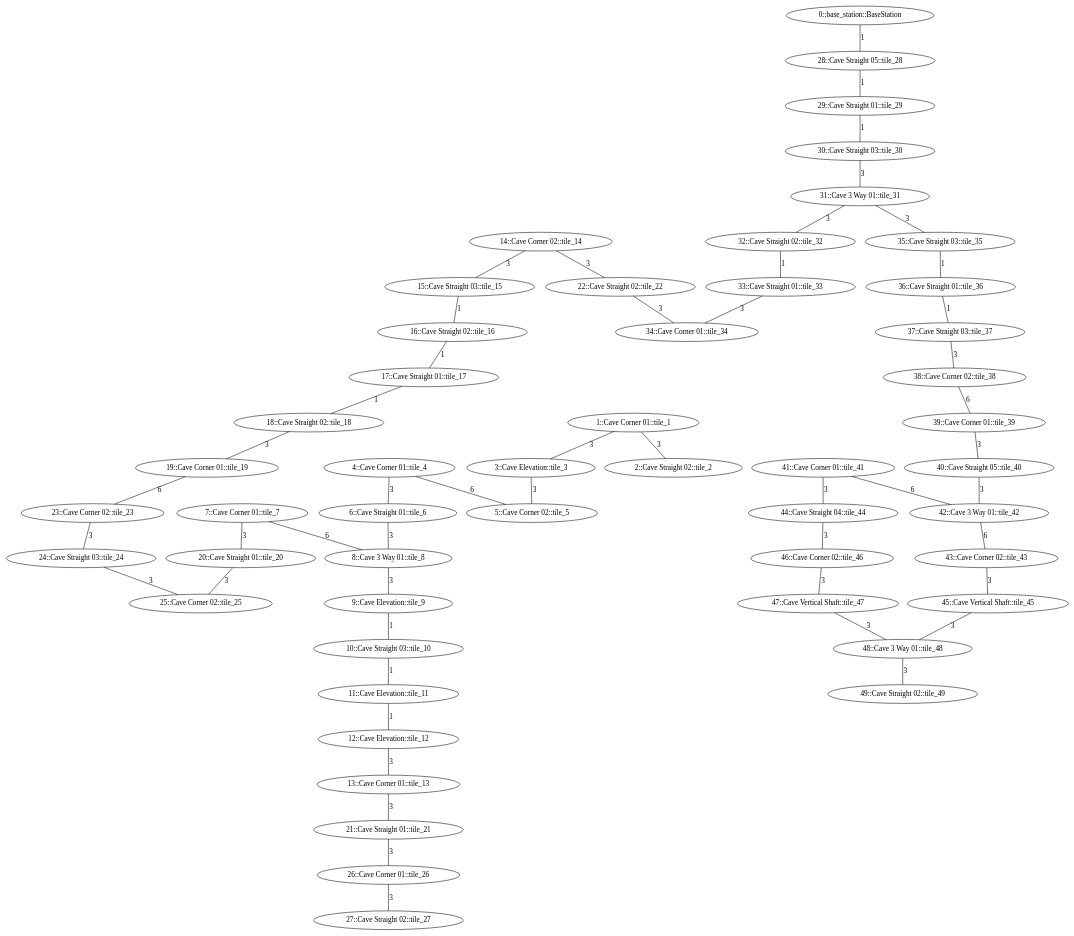
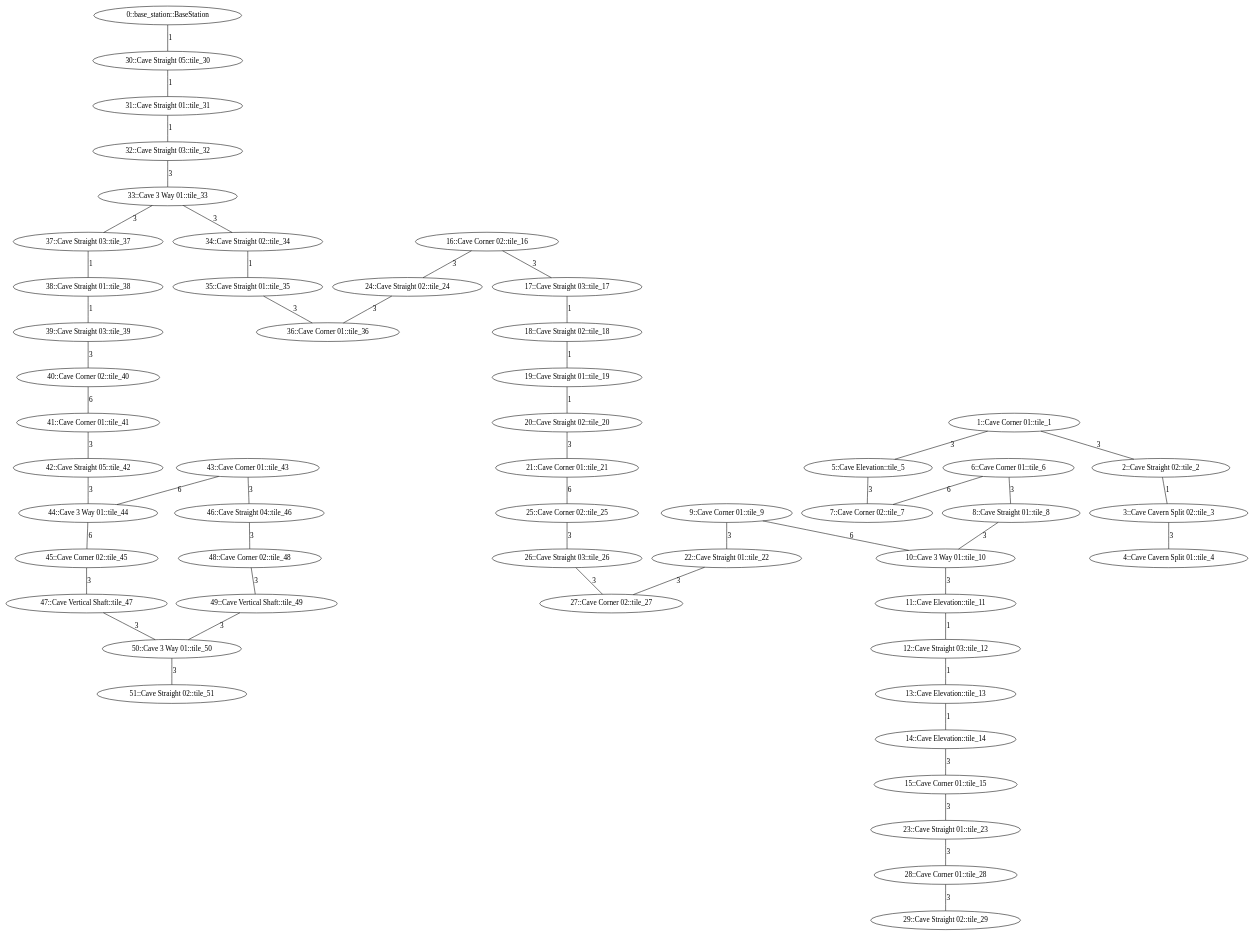
One commit to osrf/subt changed the diagram in subt_ign/worlds/simple_cave_01.dot. Above: the diagram before and after it, drawn with Graphviz. The commit also changed 2 other files, not shown here.

Commit message:
add cavern tile and one more artifact

```diff
--- a/subt_ign/worlds/simple_cave_01.dot
+++ b/subt_ign/worlds/simple_cave_01.dot
@@ -1,114 +1,118 @@
 /* Visibility graph for simple_cave_01 */
 /* Generated with the generator.py script: */
 /*   __main__.py simple_cave_01.tsv -\-graph-file simple_cave_01.dot -\-world-file simple_cave_01.sdf -\-world-name simple_cave_01 -\-scale_x 25 -\-scale_y 25 -\-cave -\-y0 175 -\-x0 0 -\-z0 0 -\-level_type row_col -\-levels_buf 5 */
 
 graph {
   /* ==== Vertices ==== */
 
   /* Base station / Staging area */
   0   [label="0::base_station::BaseStation"];
 
   1   [label="1::Cave Corner 01::tile_1"];
   2   [label="2::Cave Straight 02::tile_2"];
-  3   [label="3::Cave Elevation::tile_3"];
-  4   [label="4::Cave Corner 01::tile_4"];
-  5   [label="5::Cave Corner 02::tile_5"];
-  6   [label="6::Cave Straight 01::tile_6"];
-  7   [label="7::Cave Corner 01::tile_7"];
-  8   [label="8::Cave 3 Way 01::tile_8"];
-  9   [label="9::Cave Elevation::tile_9"];
-  10  [label="10::Cave Straight 03::tile_10"];
+  3   [label="3::Cave Cavern Split 02::tile_3"];
+  4   [label="4::Cave Cavern Split 01::tile_4"];
+  5   [label="5::Cave Elevation::tile_5"];
+  6   [label="6::Cave Corner 01::tile_6"];
+  7   [label="7::Cave Corner 02::tile_7"];
+  8   [label="8::Cave Straight 01::tile_8"];
+  9   [label="9::Cave Corner 01::tile_9"];
+  10  [label="10::Cave 3 Way 01::tile_10"];
   11  [label="11::Cave Elevation::tile_11"];
-  12  [label="12::Cave Elevation::tile_12"];
-  13  [label="13::Cave Corner 01::tile_13"];
-  14  [label="14::Cave Corner 02::tile_14"];
-  15  [label="15::Cave Straight 03::tile_15"];
-  16  [label="16::Cave Straight 02::tile_16"];
-  17  [label="17::Cave Straight 01::tile_17"];
+  12  [label="12::Cave Straight 03::tile_12"];
+  13  [label="13::Cave Elevation::tile_13"];
+  14  [label="14::Cave Elevation::tile_14"];
+  15  [label="15::Cave Corner 01::tile_15"];
+  16  [label="16::Cave Corner 02::tile_16"];
+  17  [label="17::Cave Straight 03::tile_17"];
   18  [label="18::Cave Straight 02::tile_18"];
-  19  [label="19::Cave Corner 01::tile_19"];
-  20  [label="20::Cave Straight 01::tile_20"];
-  21  [label="21::Cave Straight 01::tile_21"];
-  22  [label="22::Cave Straight 02::tile_22"];
-  23  [label="23::Cave Corner 02::tile_23"];
-  24  [label="24::Cave Straight 03::tile_24"];
+  19  [label="19::Cave Straight 01::tile_19"];
+  20  [label="20::Cave Straight 02::tile_20"];
+  21  [label="21::Cave Corner 01::tile_21"];
+  22  [label="22::Cave Straight 01::tile_22"];
+  23  [label="23::Cave Straight 01::tile_23"];
+  24  [label="24::Cave Straight 02::tile_24"];
   25  [label="25::Cave Corner 02::tile_25"];
-  26  [label="26::Cave Corner 01::tile_26"];
-  27  [label="27::Cave Straight 02::tile_27"];
-  28  [label="28::Cave Straight 05::tile_28"];
-  29  [label="29::Cave Straight 01::tile_29"];
-  30  [label="30::Cave Straight 03::tile_30"];
-  31  [label="31::Cave 3 Way 01::tile_31"];
-  32  [label="32::Cave Straight 02::tile_32"];
-  33  [label="33::Cave Straight 01::tile_33"];
-  34  [label="34::Cave Corner 01::tile_34"];
-  35  [label="35::Cave Straight 03::tile_35"];
-  36  [label="36::Cave Straight 01::tile_36"];
+  26  [label="26::Cave Straight 03::tile_26"];
+  27  [label="27::Cave Corner 02::tile_27"];
+  28  [label="28::Cave Corner 01::tile_28"];
+  29  [label="29::Cave Straight 02::tile_29"];
+  30  [label="30::Cave Straight 05::tile_30"];
+  31  [label="31::Cave Straight 01::tile_31"];
+  32  [label="32::Cave Straight 03::tile_32"];
+  33  [label="33::Cave 3 Way 01::tile_33"];
+  34  [label="34::Cave Straight 02::tile_34"];
+  35  [label="35::Cave Straight 01::tile_35"];
+  36  [label="36::Cave Corner 01::tile_36"];
   37  [label="37::Cave Straight 03::tile_37"];
-  38  [label="38::Cave Corner 02::tile_38"];
-  39  [label="39::Cave Corner 01::tile_39"];
-  40  [label="40::Cave Straight 05::tile_40"];
+  38  [label="38::Cave Straight 01::tile_38"];
+  39  [label="39::Cave Straight 03::tile_39"];
+  40  [label="40::Cave Corner 02::tile_40"];
   41  [label="41::Cave Corner 01::tile_41"];
-  42  [label="42::Cave 3 Way 01::tile_42"];
-  43  [label="43::Cave Corner 02::tile_43"];
-  44  [label="44::Cave Straight 04::tile_44"];
-  45  [label="45::Cave Vertical Shaft::tile_45"];
-  46  [label="46::Cave Corner 02::tile_46"];
+  42  [label="42::Cave Straight 05::tile_42"];
+  43  [label="43::Cave Corner 01::tile_43"];
+  44  [label="44::Cave 3 Way 01::tile_44"];
+  45  [label="45::Cave Corner 02::tile_45"];
+  46  [label="46::Cave Straight 04::tile_46"];
   47  [label="47::Cave Vertical Shaft::tile_47"];
-  48  [label="48::Cave 3 Way 01::tile_48"];
-  49  [label="49::Cave Straight 02::tile_49"];
+  48  [label="48::Cave Corner 02::tile_48"];
+  49  [label="49::Cave Vertical Shaft::tile_49"];
+  50  [label="50::Cave 3 Way 01::tile_50"];
+  51  [label="51::Cave Straight 02::tile_51"];
 
   /* ==== Edges ==== */
 
   /* Base station */
-  0  -- 28  [label=1];
+  0  -- 30  [label=1];
   1  -- 2   [label=3];
-  1  -- 3   [label=3];
-  3  -- 5   [label=3];
-  4  -- 5   [label=6];
-  4  -- 6   [label=3];
-  6  -- 8   [label=3];  /* Intersection */
-  7  -- 8   [label=6];  /* Intersection */
-  7  -- 20  [label=3];
-  8  -- 9   [label=3];  /* Intersection */
-  9  -- 10  [label=1];
-  10 -- 11  [label=1];
+  1  -- 5   [label=3];
+  2  -- 3   [label=1];
+  3  -- 4   [label=3];  /* Intersection */
+  5  -- 7   [label=3];
+  6  -- 7   [label=6];
+  6  -- 8   [label=3];
+  8  -- 10  [label=3];  /* Intersection */
+  9  -- 10  [label=6];  /* Intersection */
+  9  -- 22  [label=3];
+  10 -- 11  [label=3];  /* Intersection */
   11 -- 12  [label=1];
-  12 -- 13  [label=3];
-  13 -- 21  [label=3];
+  12 -- 13  [label=1];
+  13 -- 14  [label=1];
   14 -- 15  [label=3];
-  14 -- 22  [label=3];
-  15 -- 16  [label=1];
-  16 -- 17  [label=1];
+  15 -- 23  [label=3];
+  16 -- 17  [label=3];
+  16 -- 24  [label=3];
   17 -- 18  [label=1];
-  18 -- 19  [label=3];
-  19 -- 23  [label=6];
-  20 -- 25  [label=3];
-  21 -- 26  [label=3];
-  22 -- 34  [label=3];
-  23 -- 24  [label=3];
-  24 -- 25  [label=3];
+  18 -- 19  [label=1];
+  19 -- 20  [label=1];
+  20 -- 21  [label=3];
+  21 -- 25  [label=6];
+  22 -- 27  [label=3];
+  23 -- 28  [label=3];
+  24 -- 36  [label=3];
+  25 -- 26  [label=3];
   26 -- 27  [label=3];
-  28 -- 29  [label=1];
-  29 -- 30  [label=1];
-  30 -- 31  [label=3];  /* Intersection */
-  31 -- 32  [label=3];  /* Intersection */
-  31 -- 35  [label=3];  /* Intersection */
-  32 -- 33  [label=1];
-  33 -- 34  [label=3];
-  35 -- 36  [label=1];
-  36 -- 37  [label=1];
-  37 -- 38  [label=3];
-  38 -- 39  [label=6];
+  28 -- 29  [label=3];
+  30 -- 31  [label=1];
+  31 -- 32  [label=1];
+  32 -- 33  [label=3];  /* Intersection */
+  33 -- 34  [label=3];  /* Intersection */
+  33 -- 37  [label=3];  /* Intersection */
+  34 -- 35  [label=1];
+  35 -- 36  [label=3];
+  37 -- 38  [label=1];
+  38 -- 39  [label=1];
   39 -- 40  [label=3];
-  40 -- 42  [label=3];  /* Intersection */
-  41 -- 42  [label=6];  /* Intersection */
-  41 -- 44  [label=3];
-  42 -- 43  [label=6];  /* Intersection */
-  43 -- 45  [label=3];
-  44 -- 46  [label=3];
-  45 -- 48  [label=3];  /* Intersection */
-  46 -- 47  [label=3];
-  47 -- 48  [label=3];  /* Intersection */
-  48 -- 49  [label=3];  /* Intersection */
+  40 -- 41  [label=6];
+  41 -- 42  [label=3];
+  42 -- 44  [label=3];  /* Intersection */
+  43 -- 44  [label=6];  /* Intersection */
+  43 -- 46  [label=3];
+  44 -- 45  [label=6];  /* Intersection */
+  45 -- 47  [label=3];
+  46 -- 48  [label=3];
+  47 -- 50  [label=3];  /* Intersection */
+  48 -- 49  [label=3];
+  49 -- 50  [label=3];  /* Intersection */
+  50 -- 51  [label=3];  /* Intersection */
 }
```
